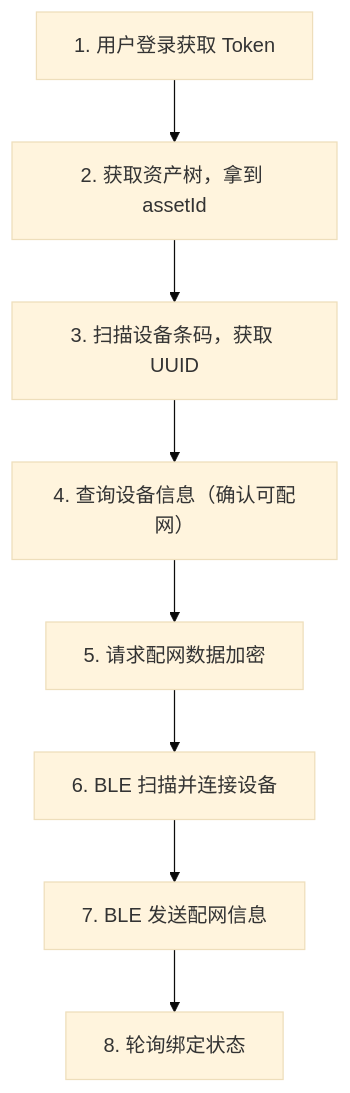
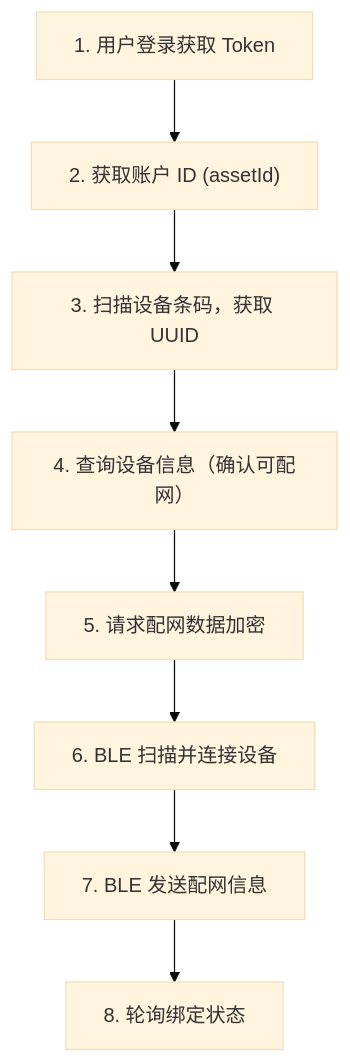
One commit to sentino-jp/iot-docs changed the second of 4 diagrams in guide-app.md. Above: the diagram before and after it, drawn with Mermaid (base theme). The commit also changed other lines of this file and 9 other files, not shown here.

````diff
--- a/guide-app.md
+++ b/guide-app.md
@@ -105,10 +105,10 @@
 ```mermaid
 flowchart TD
-    A["1. 用户登录获取 Token"] --> B["2. 获取资产树，拿到 assetId"]
+    A["1. 用户登录获取 Token"] --> B["2. 获取账户 ID (assetId)"]
     B --> C["3. 扫描设备条码，获取 UUID"]
     C --> D["4. 查询设备信息（确认可配网）"]
     D --> E["5. 请求配网数据加密"]
     E --> F["6. BLE 扫描并连接设备"]
     F --> G["7. BLE 发送配网信息"]
     G --> H["8. 轮询绑定状态"]
 ```
````
